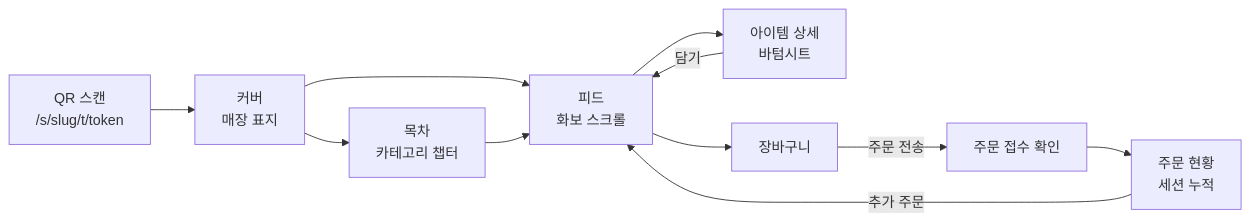
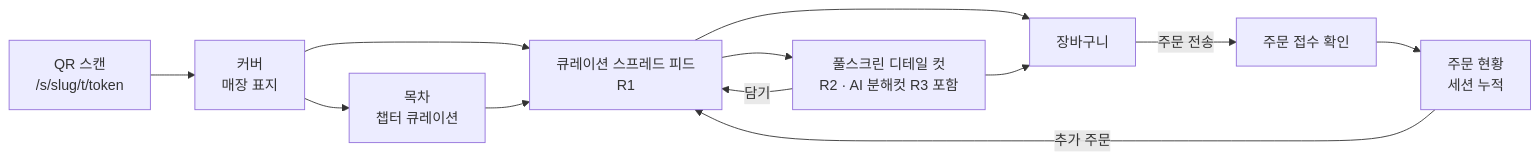
Before and after one commit to papascompany/intranet: the diagram in table-order/docs/05-ux-lookbook-menu.md, drawn with Mermaid. The commit also changed other lines of this file and 13 other files, not shown here.

````diff
--- a/table-order/docs/05-ux-lookbook-menu.md
+++ b/table-order/docs/05-ux-lookbook-menu.md
@@ -17,13 +27,14 @@
 ```mermaid
 flowchart LR
     QR[QR 스캔<br/>/s/slug/t/token] --> COVER[커버<br/>매장 표지]
-    COVER --> TOC[목차<br/>카테고리 챕터]
-    COVER --> FEED[피드<br/>화보 스크롤]
-    TOC --> FEED
-    FEED --> DETAIL[아이템 상세<br/>바텀시트]
-    DETAIL -->|담기| FEED
-    FEED --> CART[장바구니]
+    COVER --> TOC[목차<br/>챕터 큐레이션]
+    COVER --> SPREAD[큐레이션 스프레드 피드<br/>R1]
+    TOC --> SPREAD
+    SPREAD --> DETAIL[풀스크린 디테일 컷<br/>R2 · AI 분해컷 R3 포함]
+    DETAIL -->|담기| SPREAD
+    SPREAD --> CART[장바구니]
+    DETAIL --> CART
     CART -->|주문 전송| DONE[주문 접수 확인]
     DONE --> STATUS[주문 현황<br/>세션 누적]
-    STATUS -->|추가 주문| FEED
+    STATUS -->|추가 주문| SPREAD
 ```
````
